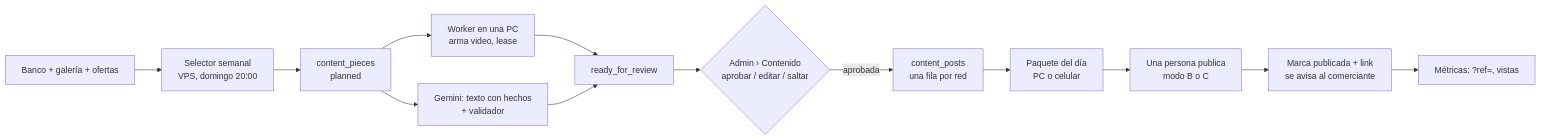
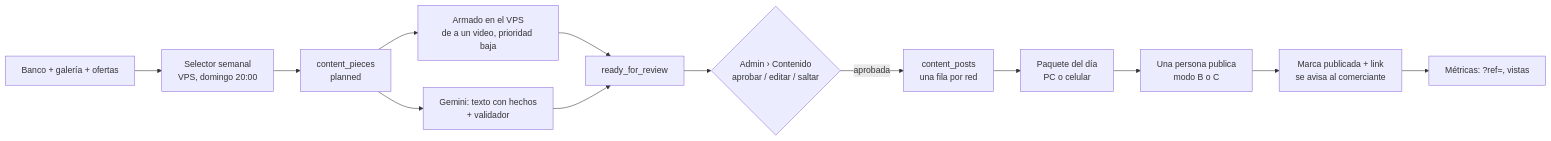
The diagram in docs/contenido-redes-y-suscriptores.md (saadypacheco/BermejoLives), drawn with Mermaid before and after one commit. The commit also changed other lines of this file and 1 other file, not shown here.

````diff
--- a/docs/contenido-redes-y-suscriptores.md
+++ b/docs/contenido-redes-y-suscriptores.md
@@ -227,15 +229,15 @@
 ```mermaid
 flowchart LR
   A[Banco + galería + ofertas] --> S[Selector semanal<br/>VPS, domingo 20:00]
   S --> P[content_pieces<br/>planned]
-  P --> W[Worker en una PC<br/>arma video, lease]
+  P --> W[Armado en el VPS<br/>de a un video, prioridad baja]
   W --> R[ready_for_review]
   P --> G[Gemini: texto con hechos<br/>+ validador]
   G --> R
   R --> V{Admin › Contenido<br/>aprobar / editar / saltar}
   V -->|aprobada| Q[content_posts<br/>una fila por red]
   Q --> C[Paquete del día<br/>PC o celular]
   C --> H[Una persona publica<br/>modo B o C]
   H --> M[Marca publicada + link<br/>se avisa al comerciante]
   M --> X[Métricas: ?ref=, vistas]
 ```
````
